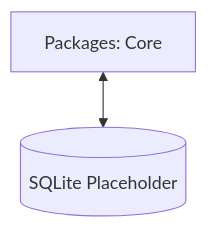
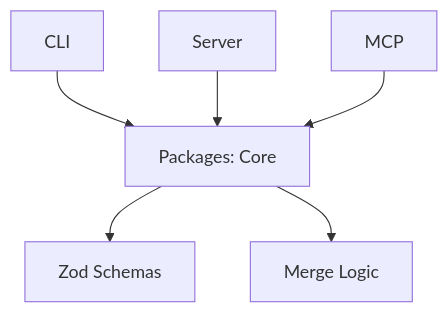
Before and after one commit to LoFi-Monk/github-project-management: the diagram in .agent/docs/architecture/01-overview.md, drawn with Mermaid. The commit also changed other lines of this file and 27 other files, not shown here.

````diff
--- a/.agent/docs/architecture/01-overview.md
+++ b/.agent/docs/architecture/01-overview.md
@@ -29,4 +32,8 @@
 ```mermaid
 graph TD
-    Core[Packages: Core] <--> DB[(SQLite Placeholder)]
+    Core[Packages: Core] --> Schema[Zod Schemas]
+    Core --> Merge[Merge Logic]
+    CLI --> Core
+    Server --> Core
+    MCP --> Core
 ```
````
